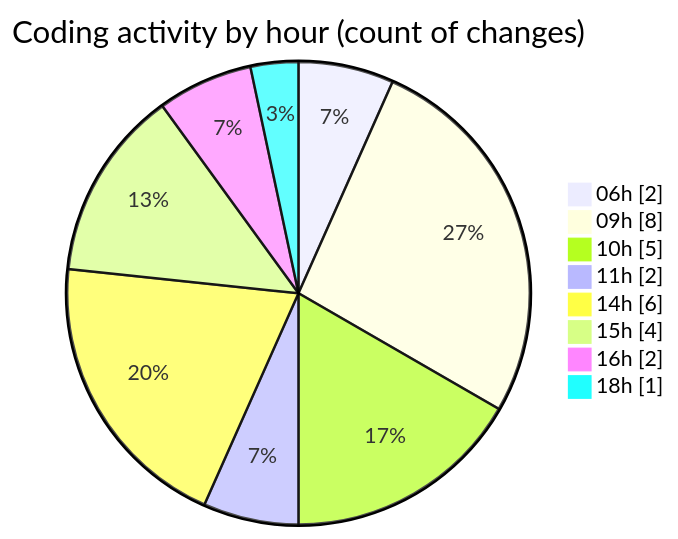
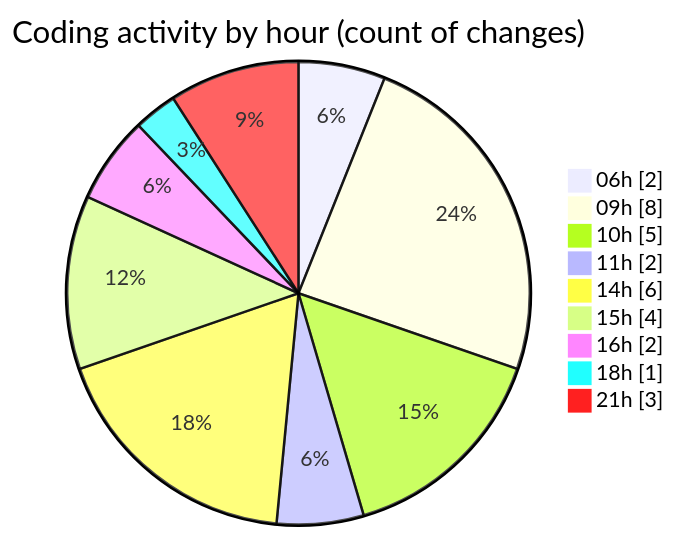
Before and after one commit to jadenblack/code-tracking: the second of 2 diagrams in 2026-02-24/workbench__workspace_/README.md, drawn with Mermaid. The commit also changed other lines of this file and 1 other file, not shown here.

````diff
--- a/2026-02-24/workbench__workspace_/README.md
+++ b/2026-02-24/workbench__workspace_/README.md
@@ -34,12 +35,13 @@
 ```mermaid
 pie showData
 title Coding activity by hour (count of changes)
 "06h" : 2
 "09h" : 8
 "10h" : 5
 "11h" : 2
 "14h" : 6
 "15h" : 4
 "16h" : 2
 "18h" : 1
+"21h" : 3
 ```
````
